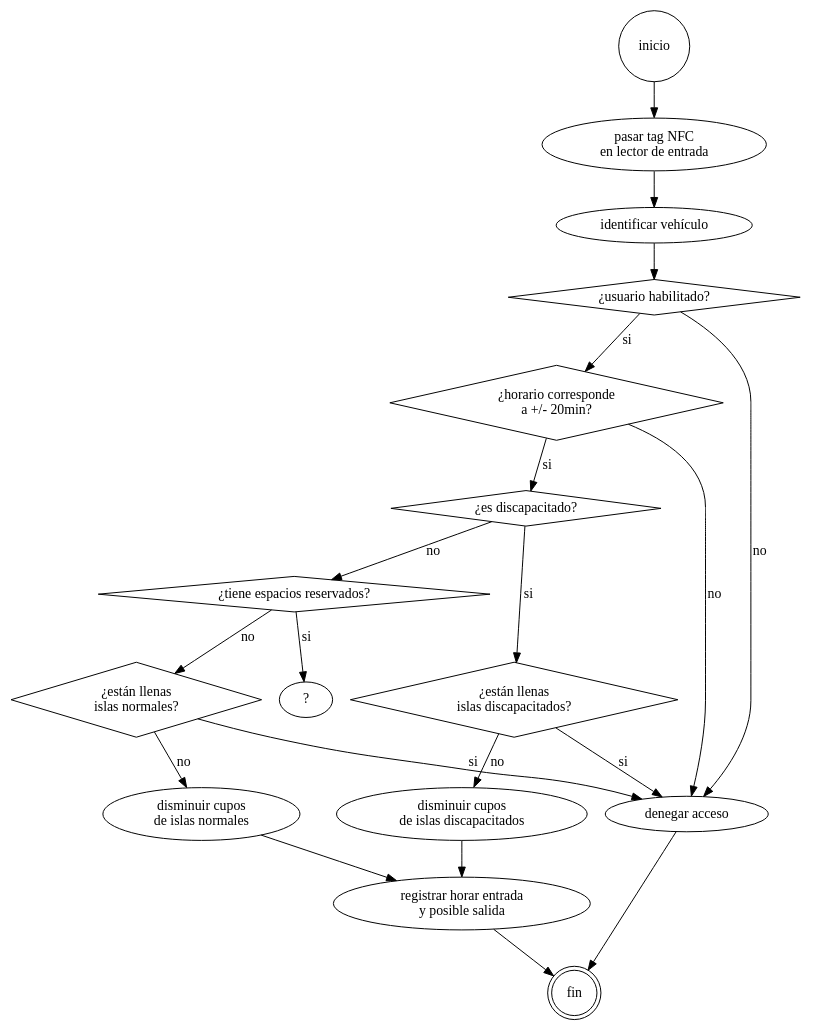
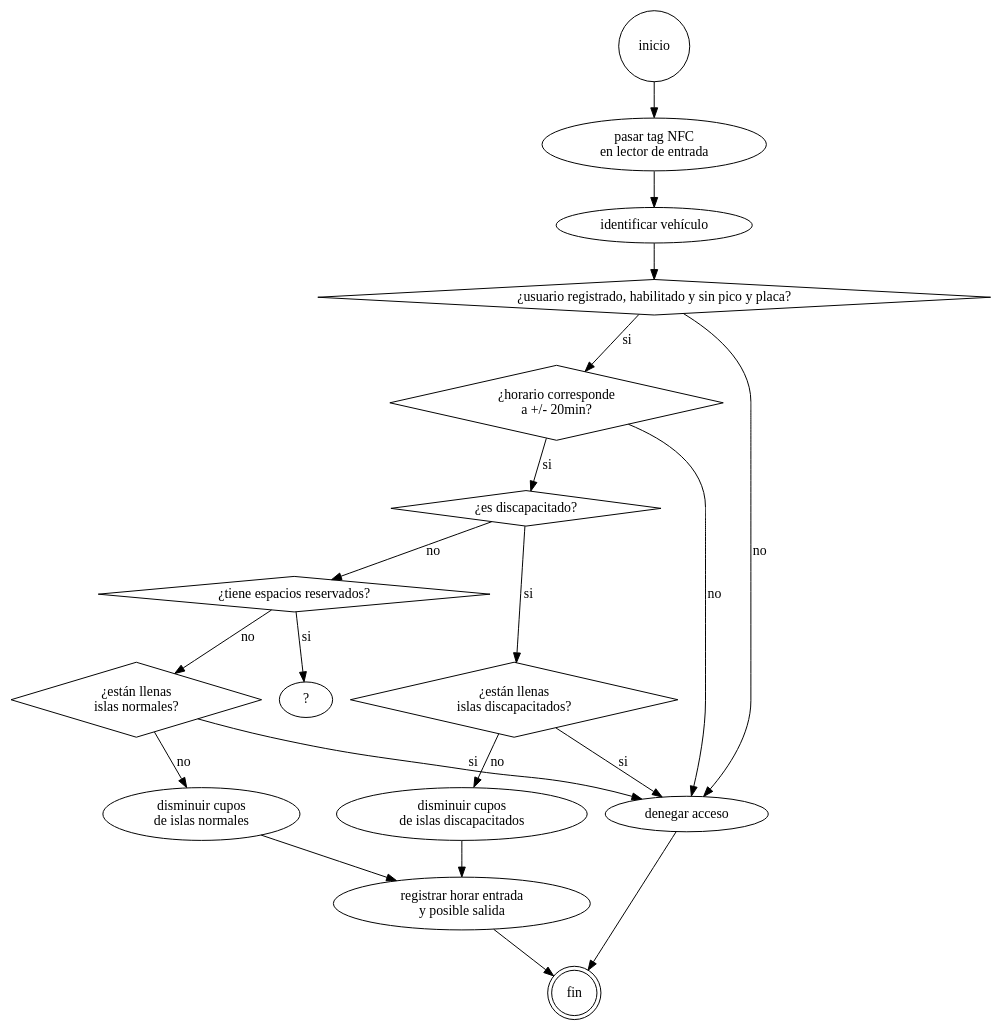
One commit to udistrital/parqueaderos-integrado changed the diagram in src/diagramas/ingreso_automovil.gv. Above: the diagram before and after it, drawn with Graphviz. The commit also changed 5 other files, not shown here.

Commit message:
Se actualizan diagramas y se prefiere PDF para compartir visualización más fácilmente

```diff
--- a/src/diagramas/ingreso_automovil.gv
+++ b/src/diagramas/ingreso_automovil.gv
@@ -1,56 +1,56 @@
 /*
   Proceso de Ingreso de Vehículo Automóvil.
   Author: Jorge Ulises Useche Cuellar
   DOT Reference :  http://www.graphviz.org/doc/info/lang.html
                    http://en.wikipedia.org/wiki/DOT_language
 */
 
 digraph IngresoVehiculo {
   inicio -> tag_nfc -> id_veh -> usu_hab;
 
   usu_hab -> hor_corre [label=si];
   usu_hab -> denegar_acce [label=no];
 
   hor_corre -> es_disca [label=si];
   hor_corre -> denegar_acce [label=no];
 
   es_disca -> full_islas_disc [label=si];
   es_disca -> espa_reser [label=no];
 
   full_islas_disc -> denegar_acce [label=si];
   full_islas_disc -> islas_disc_m1 [label=no];
 
   islas_disc_m1 -> reg_ingreso;
 
   espa_reser -> no_se [label=si];
   espa_reser -> full_islas_norm [label=no];
 
   full_islas_norm -> islas_norm_m1 [label=no];
   full_islas_norm -> denegar_acce [label=si];
 
   islas_norm_m1 -> reg_ingreso;
 
   reg_ingreso -> fin;
 
   denegar_acce -> fin;
 
 
   tag_nfc [label="pasar tag NFC\nen lector de entrada"];
   id_veh [label="identificar vehículo"];
-  usu_hab [label="¿usuario habilitado?"];
+  usu_hab [label="¿usuario registrado, habilitado y sin pico y placa?"];
   hor_corre [label="¿horario corresponde\n a +/- 20min?"];
   es_disca [label="¿es discapacitado?"];
   full_islas_disc [label="¿están llenas\nislas discapacitados?"];
   islas_disc_m1 [label="disminuir cupos\nde islas discapacitados"];
   espa_reser [label="¿tiene espacios reservados?"];
   no_se [label="?"]
   full_islas_norm [label="¿están llenas\nislas normales?"];
   islas_norm_m1 [label="disminuir cupos\nde islas normales"];
   reg_ingreso [label="registrar horar entrada\ny posible salida"];
   denegar_acce [label="denegar acceso"];
 
   inicio [shape=circle];
   usu_hab, hor_corre, es_disca [shape=diamond];
   full_islas_norm, full_islas_disc, espa_reser [shape=diamond];
   fin [shape=doublecircle];
 }
```
